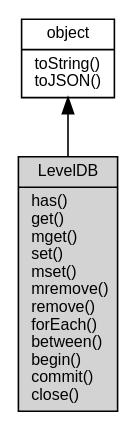
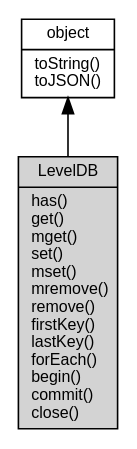
The diagram in docs/manual/object/ifs/LevelDB.md (fibjs/fibjs.org), drawn with Graphviz before and after one commit. The commit also changed other lines of this file and 13 other files, not shown here.

````diff
--- a/docs/manual/object/ifs/LevelDB.md
+++ b/docs/manual/object/ifs/LevelDB.md
@@ -47,10 +47,10 @@
 ```dot
 digraph {
     node [fontname="Helvetica,sans-Serif", fontsize=10, shape="record", style="filled", fillcolor="white"];
 
     object [tooltip="object", URL="object.md", label="{object|toString()\ltoJSON()\l}"];
-    LevelDB [tooltip="LevelDB", fillcolor="lightgray", id="me", label="{LevelDB|has()\lget()\lmget()\lset()\lmset()\lmremove()\lremove()\lforEach()\lbetween()\lbegin()\lcommit()\lclose()\l}"];
+    LevelDB [tooltip="LevelDB", fillcolor="lightgray", id="me", label="{LevelDB|has()\lget()\lmget()\lset()\lmset()\lmremove()\lremove()\lfirstKey()\llastKey()\lforEach()\lbegin()\lcommit()\lclose()\l}"];
 
     object -> LevelDB [dir=back];
 }
 ```
````
